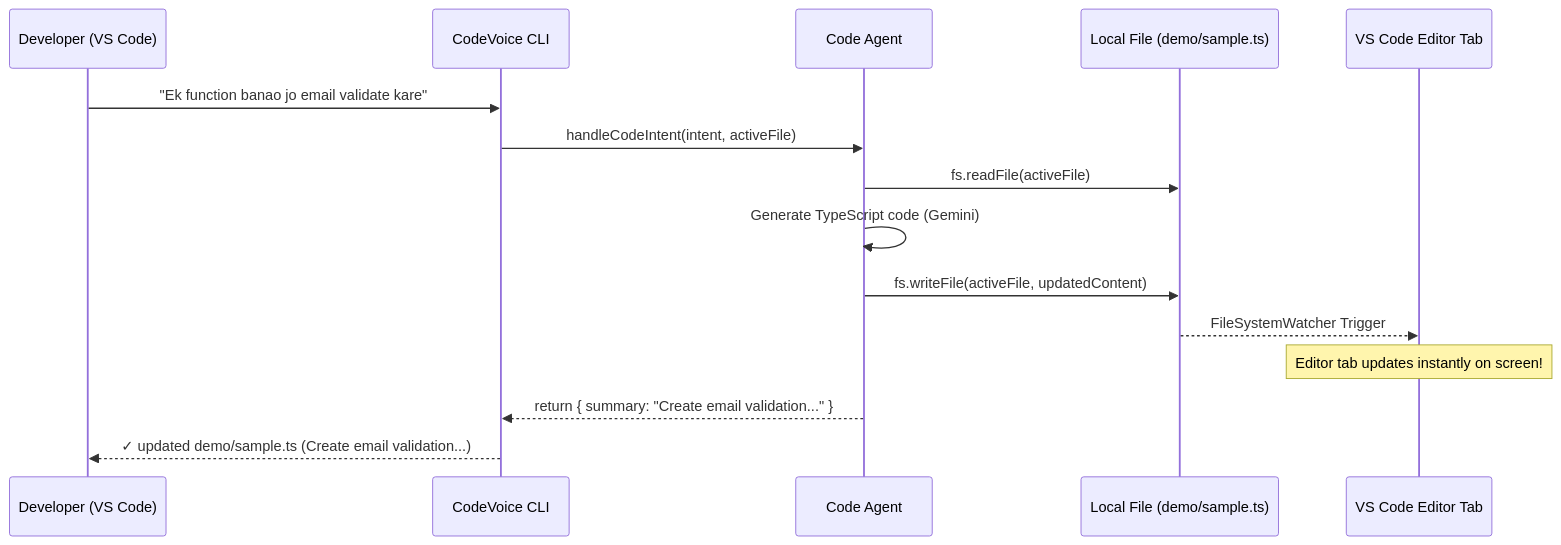
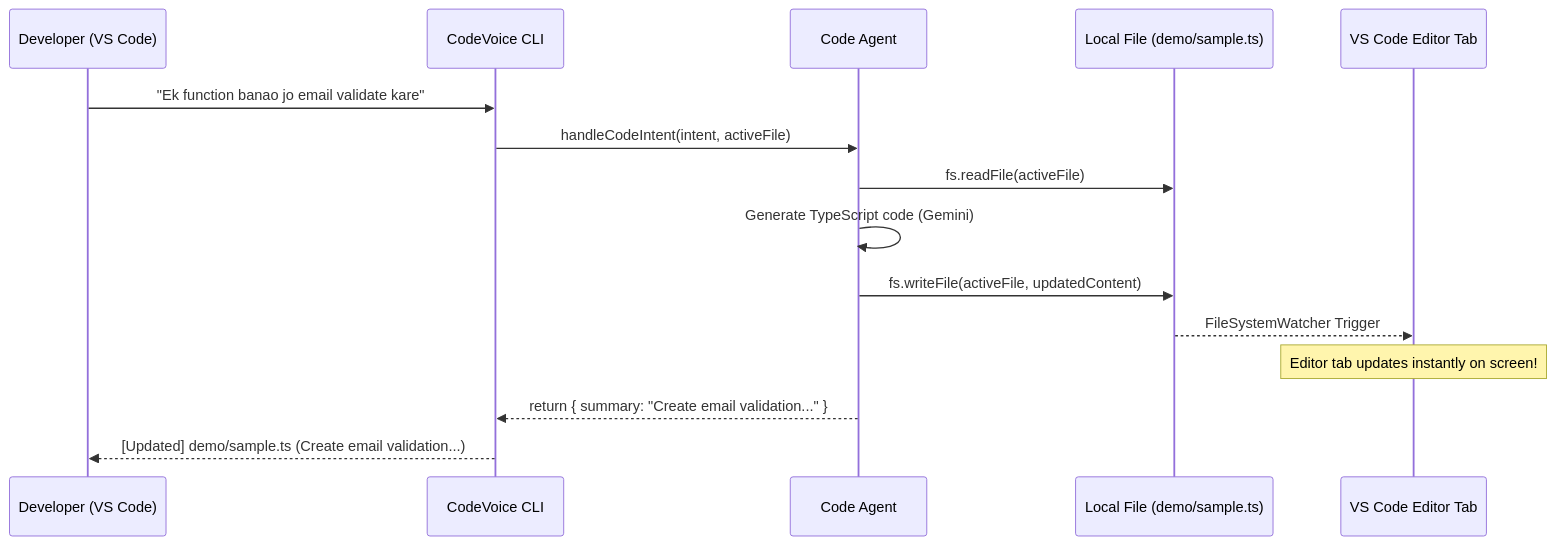
Before and after one commit to rupamghosh2006/CodeVoice: the fourth of 6 diagrams in docs/architecture.md, drawn with Mermaid. The commit also changed other lines of this file and 3 other files, not shown here.

````diff
--- a/docs/architecture.md
+++ b/docs/architecture.md
@@ -158,18 +158,18 @@
 ```mermaid
 sequenceDiagram
     participant Dev as Developer (VS Code)
     participant CLI as CodeVoice CLI
     participant Agent as Code Agent
     participant Disk as Local File (demo/sample.ts)
     participant Tab as VS Code Editor Tab
 
     Dev->>CLI: "Ek function banao jo email validate kare"
     CLI->>Agent: handleCodeIntent(intent, activeFile)
     Agent->>Disk: fs.readFile(activeFile)
     Agent->>Agent: Generate TypeScript code (Gemini)
     Agent->>Disk: fs.writeFile(activeFile, updatedContent)
     Disk-->>Tab: FileSystemWatcher Trigger
     Note over Tab: Editor tab updates instantly on screen!
     Agent-->>CLI: return { summary: "Create email validation..." }
-    CLI-->>Dev: ✓ updated demo/sample.ts (Create email validation...)
+    CLI-->>Dev: [Updated] demo/sample.ts (Create email validation...)
 ```
````
